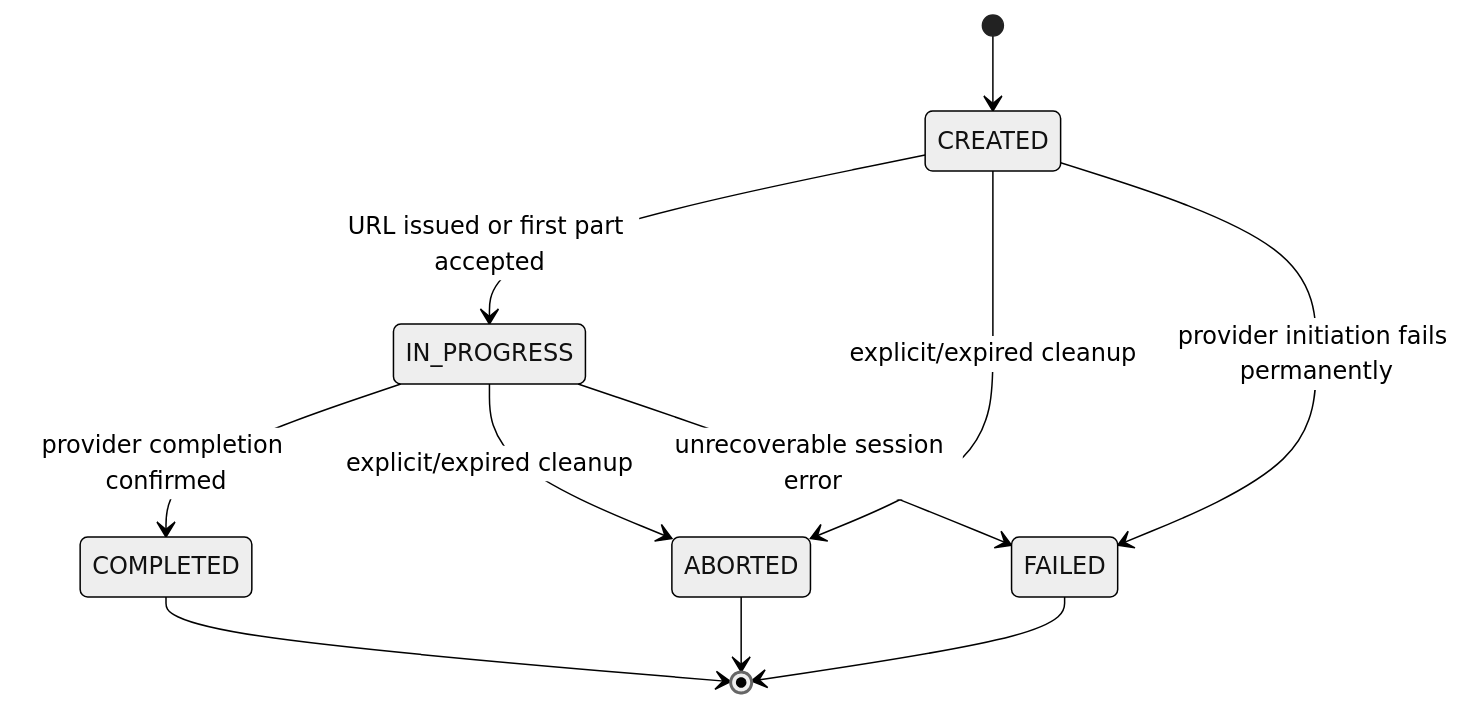
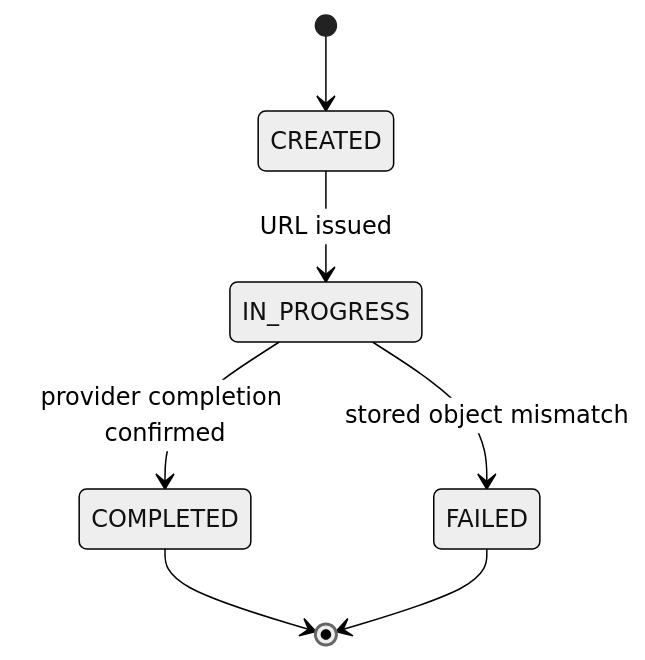
The third of 4 diagrams in docs/ARCHITECTURE_V0_1.md (zbnerd/RoboLake), drawn with Mermaid (neutral theme) before and after one commit. The commit also changed other lines of this file and 91 other files, not shown here.

````diff
--- a/docs/ARCHITECTURE_V0_1.md
+++ b/docs/ARCHITECTURE_V0_1.md
@@ -305,13 +309,9 @@
 ```mermaid
 stateDiagram-v2
     [*] --> CREATED
-    CREATED --> IN_PROGRESS: URL issued or first part accepted
-    CREATED --> ABORTED: explicit/expired cleanup
-    CREATED --> FAILED: provider initiation fails permanently
+    CREATED --> IN_PROGRESS: URL issued
     IN_PROGRESS --> COMPLETED: provider completion confirmed
-    IN_PROGRESS --> ABORTED: explicit/expired cleanup
-    IN_PROGRESS --> FAILED: unrecoverable session error
+    IN_PROGRESS --> FAILED: stored object mismatch
     COMPLETED --> [*]
-    ABORTED --> [*]
     FAILED --> [*]
 ```
````
